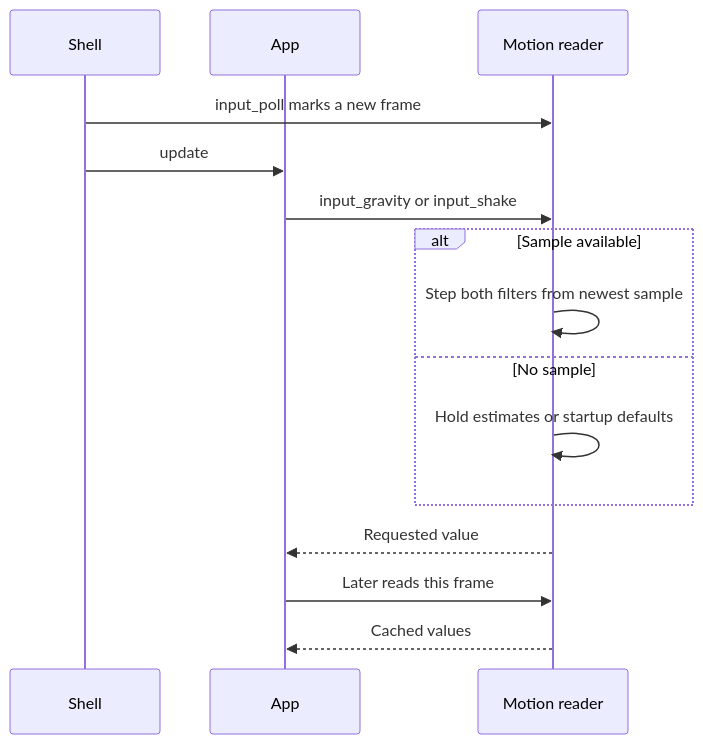
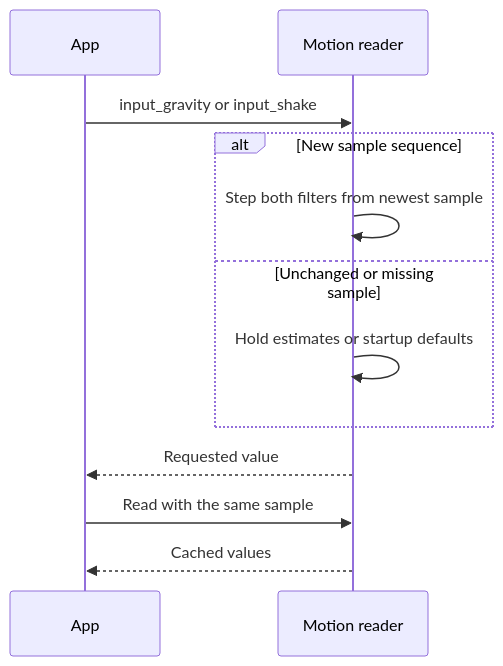
The first of 3 diagrams in docs/input/Gravity.md (jose-villegas/autana), drawn with Mermaid before and after one commit. The commit also changed other lines of this file and 21 other files, not shown here.

````diff
--- a/docs/input/Gravity.md
+++ b/docs/input/Gravity.md
@@ -20,17 +20,14 @@
 ```mermaid
 sequenceDiagram
-    participant Shell
     participant App
     participant Reader as Motion reader
-    Shell->>Reader: input_poll marks a new frame
-    Shell->>App: update
     App->>Reader: input_gravity or input_shake
-    alt Sample available
+    alt New sample sequence
         Reader->>Reader: Step both filters from newest sample
-    else No sample
+    else Unchanged or missing sample
         Reader->>Reader: Hold estimates or startup defaults
     end
     Reader-->>App: Requested value
-    App->>Reader: Later reads this frame
+    App->>Reader: Read with the same sample
     Reader-->>App: Cached values
 ```
````
